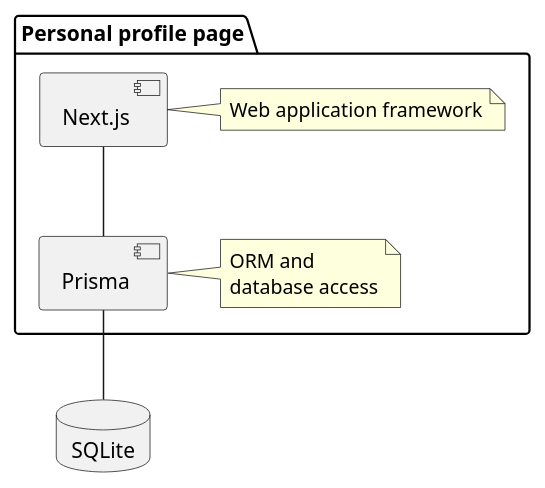
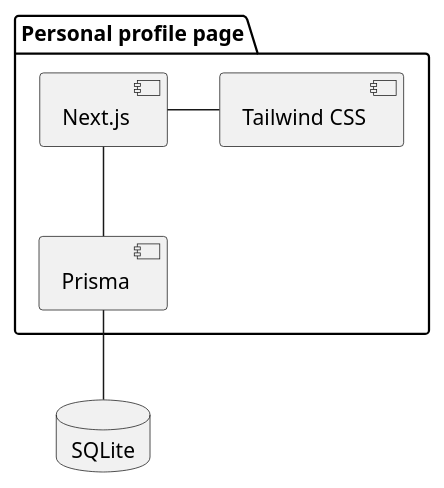
The diagram in docs/uml/tool-stack.plantuml (metaph3r/personal-profile-page), drawn with PlantUML before and after one commit. The commit also changed 2 other files, not shown here.

```diff
--- a/docs/uml/tool-stack.plantuml
+++ b/docs/uml/tool-stack.plantuml
@@ -1,24 +1,17 @@
 @startuml tool-stack
 
 database "SQLite" as db
 
 package "Personal profile page" {
 
     component [Next.js] as next
     component [Prisma] as prisma
+    component [Tailwind CSS] as tailwind
 
     next -- prisma
-
-    note right of next
-        Web application framework
-    end note
-
-    note right of prisma
-        ORM and
-        database access
-    end note
+    next - tailwind
 }
 
 prisma -- db
 
 @enduml
```
